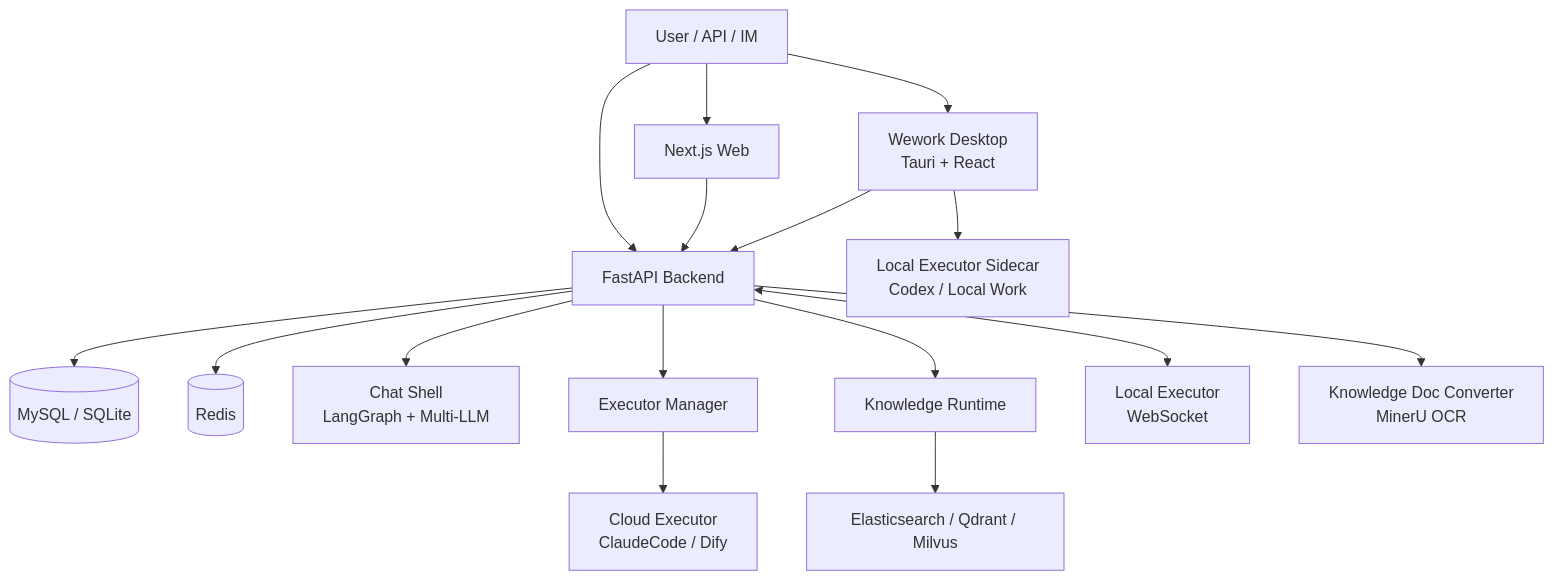
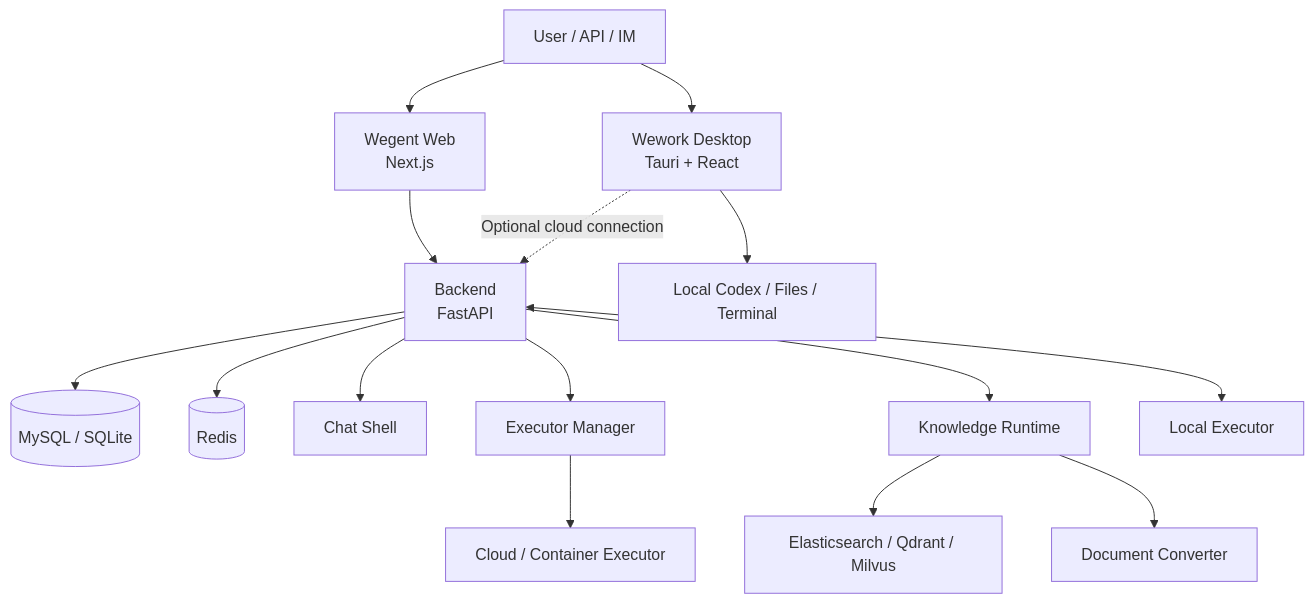
One commit to wecode-ai/Wegent changed the diagram in README.md. Above: the diagram before and after it, drawn with Mermaid. The commit also changed other lines of this file and 1 other file, not shown here.

````diff
--- a/README.md
+++ b/README.md
@@ -209,20 +123,19 @@
 ```mermaid
 graph TB
-    User["User / API / IM"] --> Frontend["Next.js Web"]
+    User["User / API / IM"] --> Frontend["Wegent Web<br/>Next.js"]
     User --> Wework["Wework Desktop<br/>Tauri + React"]
-    User --> Backend["FastAPI Backend"]
-    Frontend --> Backend
-    Wework --> Backend
-    Wework --> WeworkExecutor["Local Executor Sidecar<br/>Codex / Local Work"]
+    Frontend --> Backend["Backend<br/>FastAPI"]
+    Wework -. "Optional cloud connection" .-> Backend
+    Wework --> LocalWork["Local Codex / Files / Terminal"]
 
-    Backend --> MySQL[("MySQL / SQLite")]
+    Backend --> Database[("MySQL / SQLite")]
     Backend --> Redis[("Redis")]
-    Backend --> ChatShell["Chat Shell<br/>LangGraph + Multi-LLM"]
+    Backend --> ChatShell["Chat Shell"]
     Backend --> ExecutorManager["Executor Manager"]
     Backend --> KnowledgeRuntime["Knowledge Runtime"]
 
-    ExecutorManager --> CloudExecutor["Cloud Executor<br/>ClaudeCode / Dify"]
-    Backend <--> LocalExecutor["Local Executor<br/>WebSocket"]
+    ExecutorManager --> CloudExecutor["Cloud / Container Executor"]
+    Backend <--> LocalExecutor["Local Executor"]
     KnowledgeRuntime --> VectorStore["Elasticsearch / Qdrant / Milvus"]
-    Backend --> DocConverter["Knowledge Doc Converter<br/>MinerU OCR"]
+    KnowledgeRuntime --> DocConverter["Document Converter"]
 ```
````
